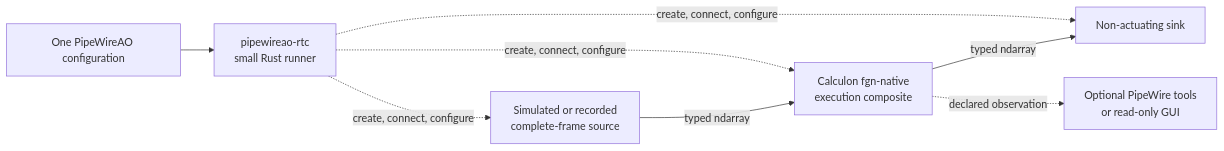
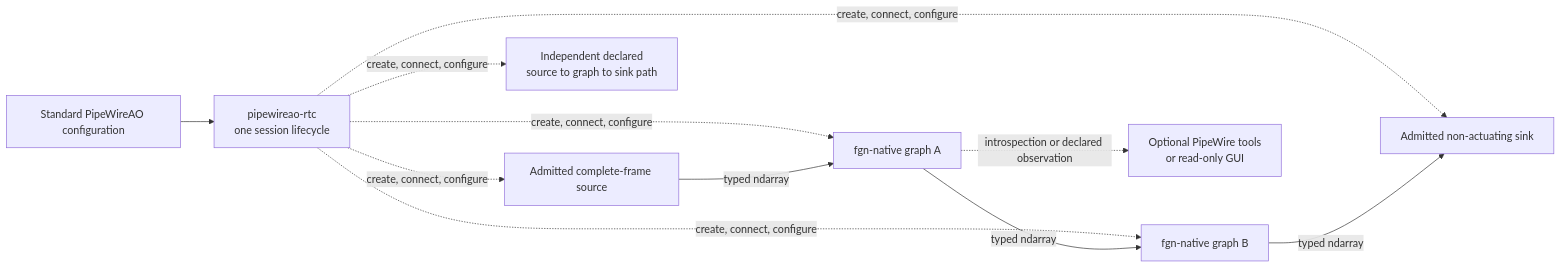
One commit to DarrylGamroth/pipewireao-rtc changed the diagram in docs/architecture.md. Above: the diagram before and after it, drawn with Mermaid. The commit also changed other lines of this file and 13 other files, not shown here.

````diff
--- a/docs/architecture.md
+++ b/docs/architecture.md
@@ -65,17 +91,22 @@
 ```mermaid
 flowchart LR
-    Config["One PipeWireAO configuration"]
-    Runner["pipewireao-rtc<br/>small Rust runner"]
-    Source["Simulated or recorded<br/>complete-frame source"]
-    Graph["Calculon fgn-native<br/>execution composite"]
-    Sink["Non-actuating sink"]
+    Config["Standard PipeWireAO configuration"]
+    Runner["pipewireao-rtc<br/>one session lifecycle"]
+    Source["Admitted complete-frame source"]
+    GraphA["fgn-native graph A"]
+    GraphB["fgn-native graph B"]
+    Sink["Admitted non-actuating sink"]
+    Parallel["Independent declared<br/>source to graph to sink path"]
     Observer["Optional PipeWire tools<br/>or read-only GUI"]
 
     Config --> Runner
     Runner -.->|create, connect, configure| Source
-    Runner -.->|create, connect, configure| Graph
+    Runner -.->|create, connect, configure| GraphA
+    Runner -.->|create, connect, configure| GraphB
     Runner -.->|create, connect, configure| Sink
-    Source -->|typed ndarray| Graph
-    Graph -->|typed ndarray| Sink
-    Graph -.->|declared observation| Observer
+    Runner -.->|create, connect, configure| Parallel
+    Source -->|typed ndarray| GraphA
+    GraphA -->|typed ndarray| GraphB
+    GraphB -->|typed ndarray| Sink
+    GraphA -.->|introspection or declared observation| Observer
 ```
````
